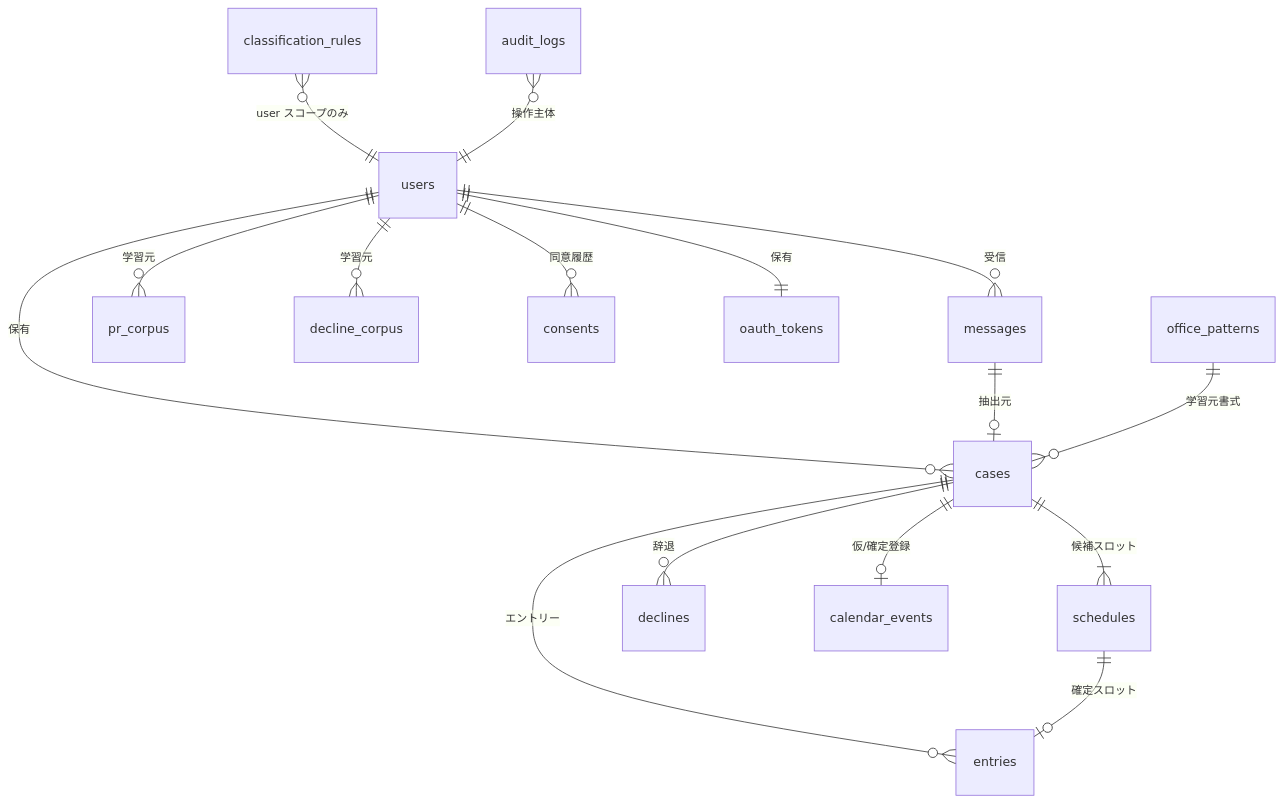
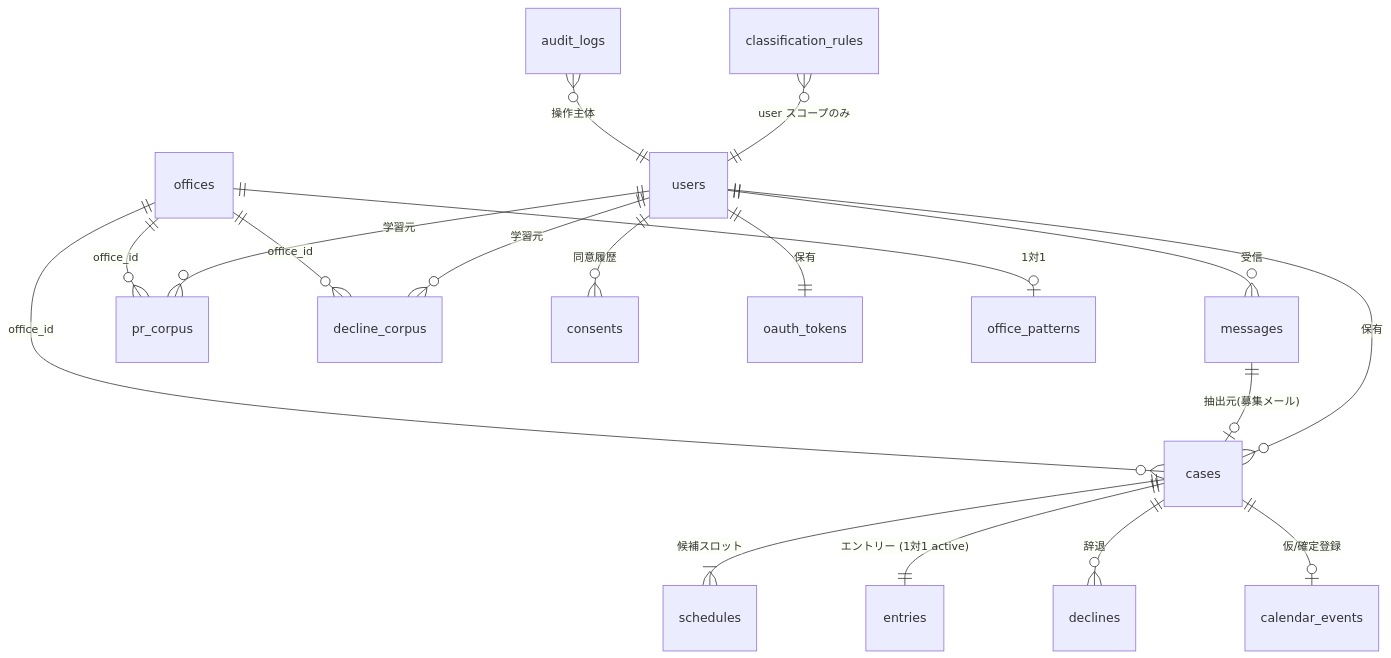
One commit to Nudel-LLC/auto-mc-operation changed the fourth of 4 diagrams in aidlc-docs/inception/application-design/application-design.md. Above: the diagram before and after it, drawn with Mermaid. The commit also changed other lines of this file and 5 other files, not shown here.

````diff
--- a/aidlc-docs/inception/application-design/application-design.md
+++ b/aidlc-docs/inception/application-design/application-design.md
@@ -299,23 +299,24 @@
 ```mermaid
 erDiagram
     users ||--o{ messages : "受信"
     users ||--o{ cases : "保有"
     users ||--o{ pr_corpus : "学習元"
     users ||--o{ decline_corpus : "学習元"
     users ||--o{ consents : "同意履歴"
     users ||--|| oauth_tokens : "保有"
 
     cases ||--|{ schedules : "候補スロット"
-    cases ||--o{ entries : "エントリー"
+    cases ||--|| entries : "エントリー (1対1 active)"
     cases ||--o{ declines : "辞退"
     cases ||--o| calendar_events : "仮/確定登録"
 
-    schedules ||--o| entries : "確定スロット"
-
-    messages ||--o| cases : "抽出元"
+    messages ||--o| cases : "抽出元(募集メール)"
 
     classification_rules }o--|| users : "user スコープのみ"
-    office_patterns ||--o{ cases : "学習元書式"
+    offices ||--o| office_patterns : "1対1"
+    offices ||--o{ cases : "office_id"
+    offices ||--o{ pr_corpus : "office_id"
+    offices ||--o{ decline_corpus : "office_id"
 
     audit_logs }o--|| users : "操作主体"
 ```
````
